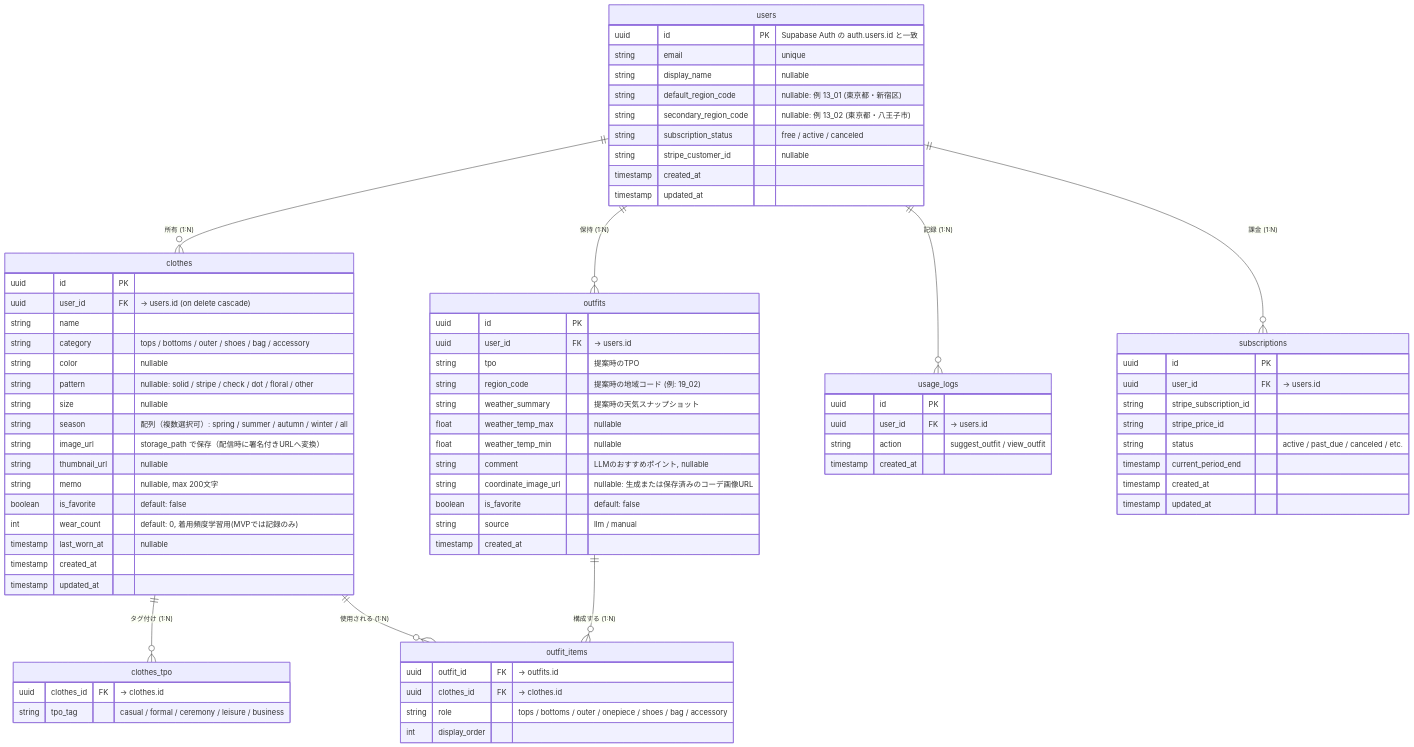
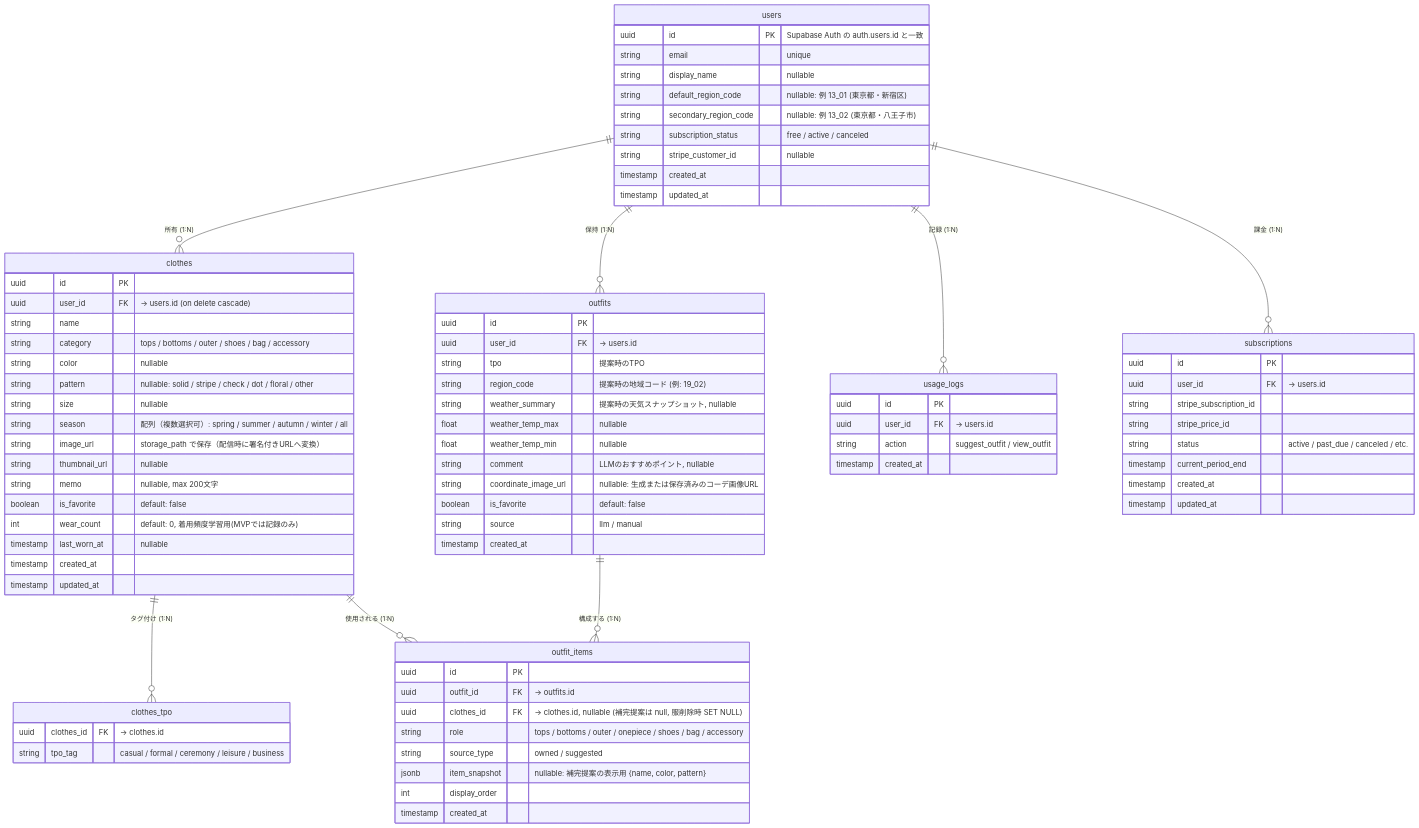
The diagram in docs/er-diagram.md (ms-engineer-bc26-01/teamB_section_9), drawn with Mermaid before and after one commit. The commit also changed 13 other files, not shown here.

```diff
--- a/docs/er-diagram.md
+++ b/docs/er-diagram.md
@@ -45,7 +45,7 @@
     uuid user_id FK "→ users.id"
     string tpo "提案時のTPO"
     string region_code "提案時の地域コード (例: 19_02)"
-    string weather_summary "提案時の天気スナップショット"
+    string weather_summary "提案時の天気スナップショット, nullable"
     float weather_temp_max "nullable"
     float weather_temp_min "nullable"
     string comment "LLMのおすすめポイント, nullable"
@@ -56,10 +56,14 @@
   }
 
   outfit_items {
+    uuid id PK
     uuid outfit_id FK "→ outfits.id"
-    uuid clothes_id FK "→ clothes.id"
+    uuid clothes_id FK "→ clothes.id, nullable (補完提案は null, 服削除時 SET NULL)"
     string role "tops / bottoms / outer / onepiece / shoes / bag / accessory"
+    string source_type "owned / suggested"
+    jsonb item_snapshot "nullable: 補完提案の表示用 {name, color, pattern}"
     int display_order
+    timestamp created_at
   }
 
   usage_logs {
```
